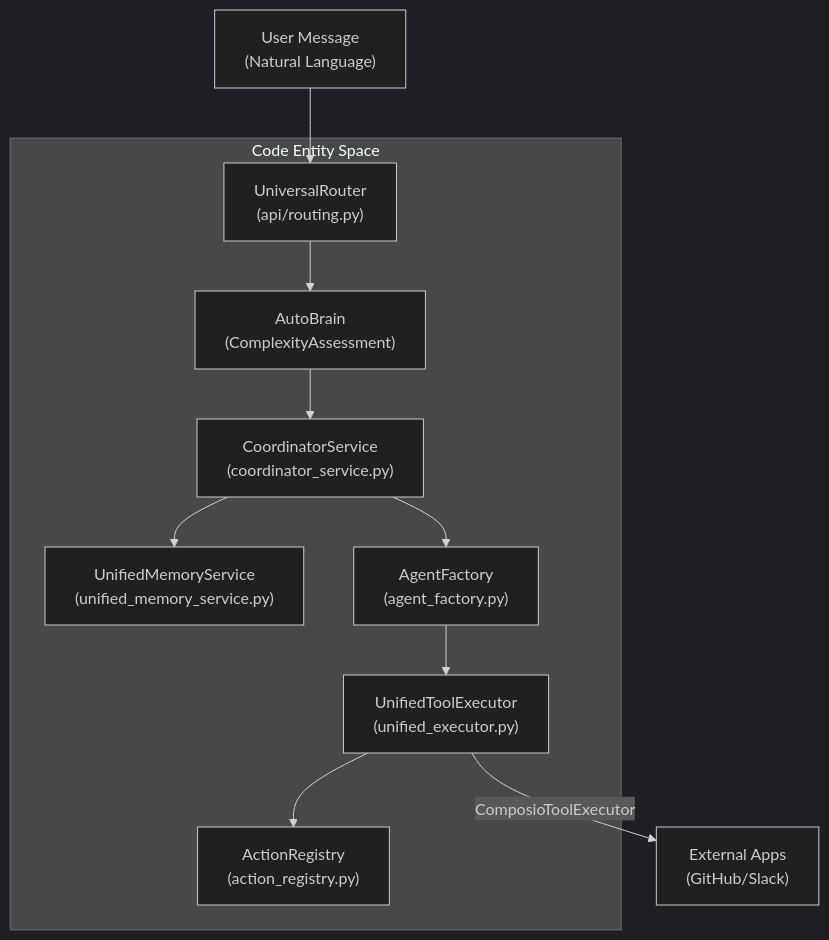
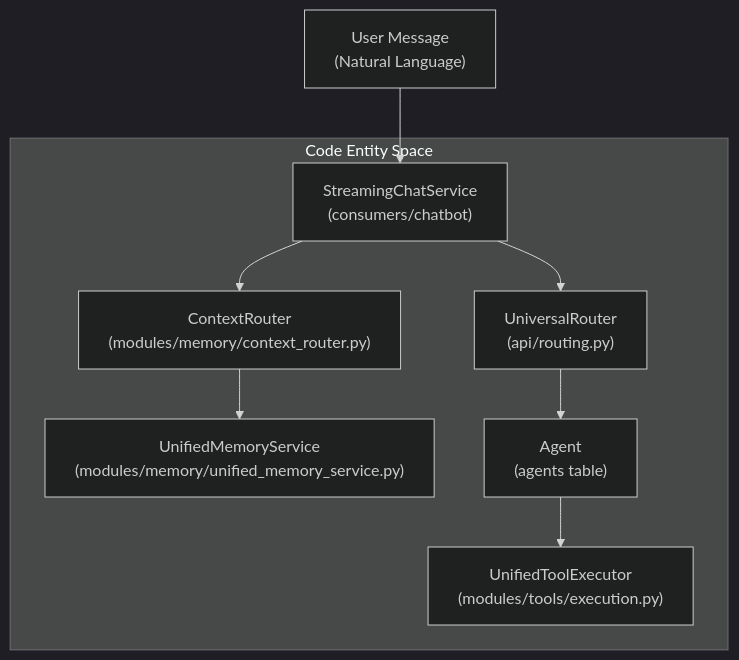
The second of 2 diagrams in docs/overview/key-concepts.md (AutomatosAI/automatos-ai), drawn with Mermaid (dark theme) before and after one commit. The commit also changed other lines of this file and 153 other files, not shown here.

````diff
--- a/docs/overview/key-concepts.md
+++ b/docs/overview/key-concepts.md
@@ -184,23 +163,20 @@
 ```mermaid
 graph TD
     User["User Message<br/>(Natural Language)"]
     
     subgraph "Code Entity Space"
         Router["UniversalRouter<br/>(api/routing.py)"]
-        Complexity["AutoBrain<br/>(ComplexityAssessment)"]
-        Coordinator["CoordinatorService<br/>(coordinator_service.py)"]
-        MemService["UnifiedMemoryService<br/>(unified_memory_service.py)"]
-        Factory["AgentFactory<br/>(agent_factory.py)"]
-        ActionReg["ActionRegistry<br/>(action_registry.py)"]
-        Exec["UnifiedToolExecutor<br/>(unified_executor.py)"]
+        ChatService["StreamingChatService<br/>(consumers/chatbot)"]
+        MemorySvc["UnifiedMemoryService<br/>(modules/memory/unified_memory_service.py)"]
+        ContextRtr["ContextRouter<br/>(modules/memory/context_router.py)"]
+        AgentModel["Agent<br/>(agents table)"]
+        ToolExecutor["UnifiedToolExecutor<br/>(modules/tools/execution.py)"]
     end
     
-    User --> Router
-    Router --> Complexity
-    Complexity --> Coordinator
-    Coordinator --> MemService
-    Coordinator --> Factory
-    Factory --> Exec
-    Exec --> ActionReg
-    Exec -->|"ComposioToolExecutor"| External["External Apps<br/>(GitHub/Slack)"]
+    User --> ChatService
+    ChatService --> ContextRtr
+    ContextRtr --> MemorySvc
+    ChatService --> Router
+    Router --> AgentModel
+    AgentModel --> ToolExecutor
 ```
````
